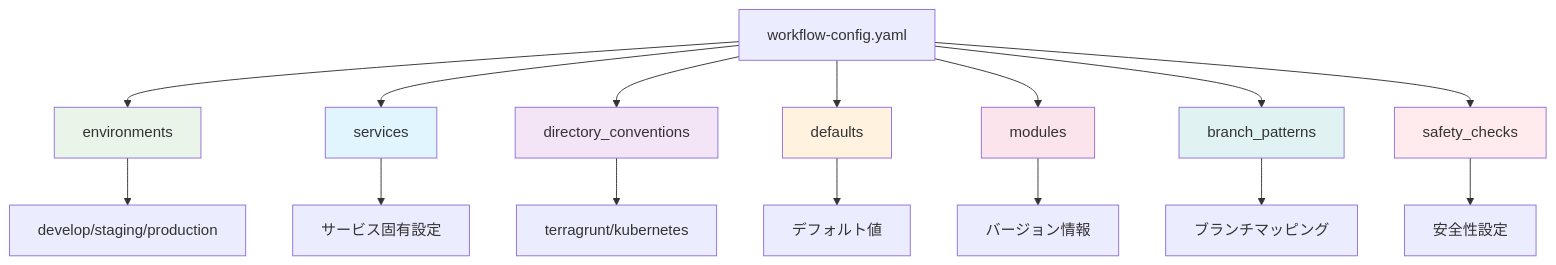
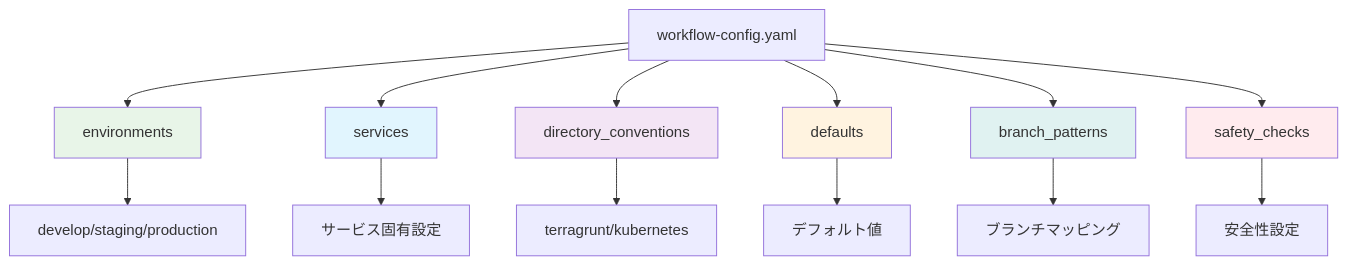
One commit to panicboat/monorepo changed the first of 5 diagrams in .github/scripts/shared/README.md. Above: the diagram before and after it, drawn with Mermaid. The commit also changed other lines of this file and 18 other files, not shown here.

````diff
--- a/.github/scripts/shared/README.md
+++ b/.github/scripts/shared/README.md
@@ -9,26 +9,23 @@
 ```mermaid
 graph TD
     A[workflow-config.yaml] --> B[environments]
     A --> C[services]
     A --> D[directory_conventions]
     A --> E[defaults]
-    A --> F[modules]
     A --> G[branch_patterns]
     A --> H[safety_checks]
 
     B --> B1[develop/staging/production]
     C --> C1[サービス固有設定]
     D --> D1[terragrunt/kubernetes]
     E --> E1[デフォルト値]
-    F --> F1[バージョン情報]
     G --> G1[ブランチマッピング]
     H --> H1[安全性設定]
 
     style B fill:#e8f5e8
     style C fill:#e1f5fe
     style D fill:#f3e5f5
     style E fill:#fff3e0
-    style F fill:#fce4ec
     style G fill:#e0f2f1
     style H fill:#ffebee
 ```
````
